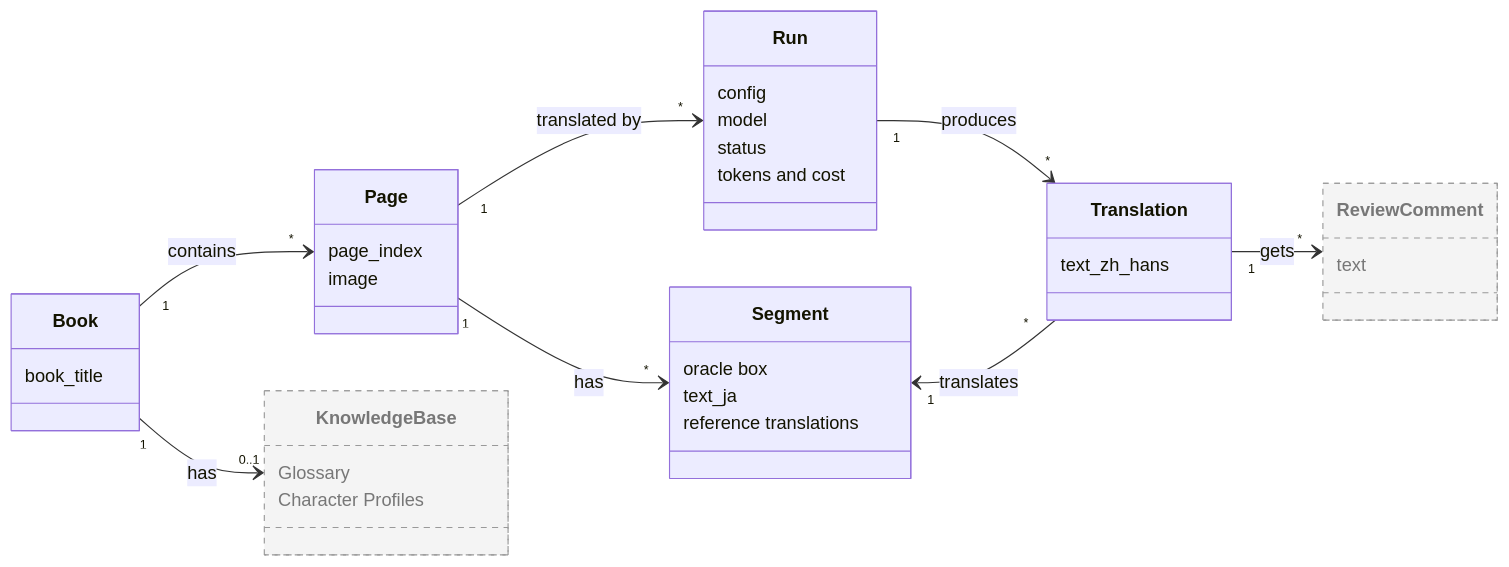
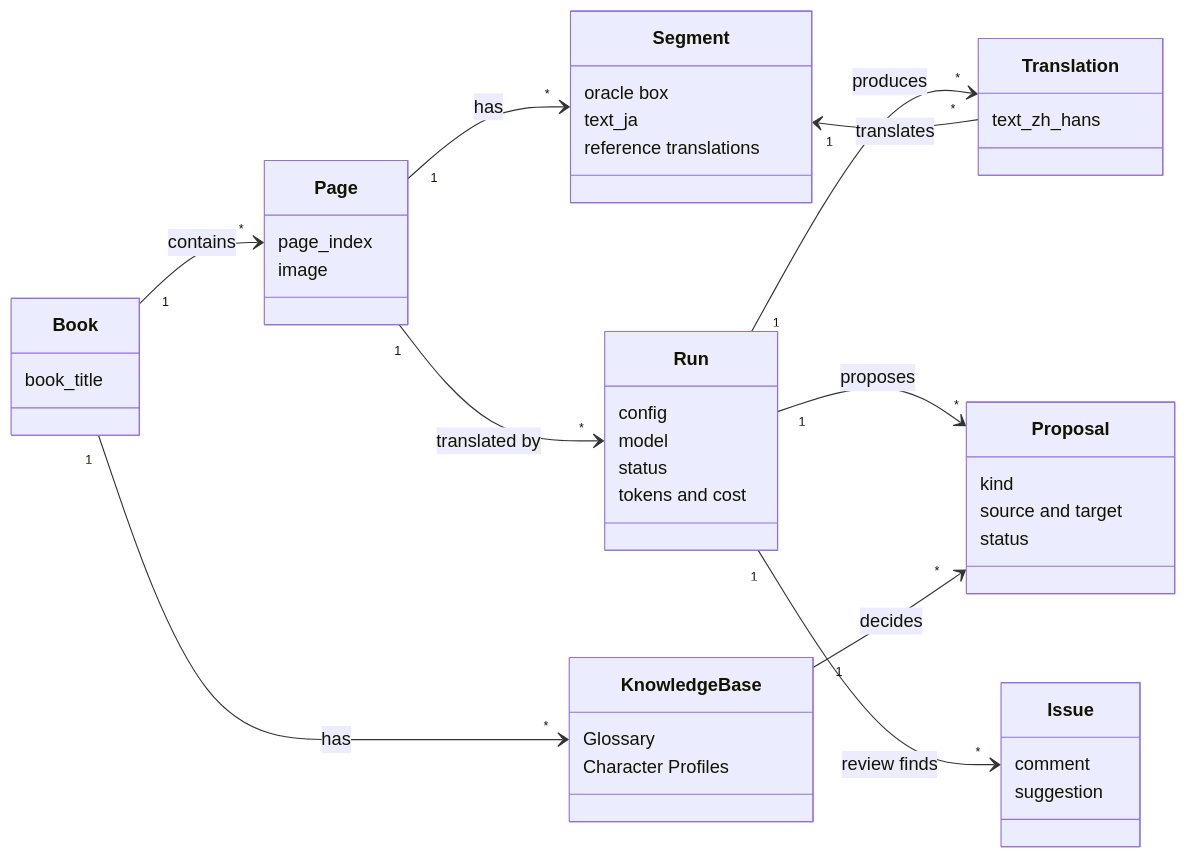
The first of 8 diagrams in docs/design.md (EUVUD/Fukidashi), drawn with Mermaid before and after one commit. The commit also changed other lines of this file and 6 other files, not shown here.

````diff
--- a/docs/design.md
+++ b/docs/design.md
@@ -16,43 +16,50 @@
 ```mermaid
 classDiagram
     direction LR
 
     class Book {
         book_title
     }
     class Page {
         page_index
         image
     }
     class Segment {
         oracle box
         text_ja
         reference translations
     }
     class Run {
         config
         model
         status
         tokens and cost
     }
     class Translation {
         text_zh_hans
     }
-    class KnowledgeBase:::planned {
+    class KnowledgeBase {
         Glossary
         Character Profiles
     }
-    class ReviewComment:::planned {
-        text
+    class Proposal {
+        kind
+        source and target
+        status
+    }
+    class Issue {
+        comment
+        suggestion
     }
 
     Book "1" --> "*" Page : contains
-    Book "1" --> "0..1" KnowledgeBase : has
+    Book "1" --> "*" KnowledgeBase : has
+    Run "1" --> "*" Proposal : proposes
+    KnowledgeBase "1" --> "*" Proposal : decides
     Page "1" --> "*" Segment : has
     Page "1" --> "*" Run : translated by
     Run "1" --> "*" Translation : produces
     Segment "1" <-- "*" Translation : translates
-    Translation "1" --> "*" ReviewComment : gets
+    Run "1" --> "*" Issue : review finds
 
-    classDef planned fill:#f4f4f4,stroke:#999,stroke-dasharray:5 5,color:#777
 ```
````
